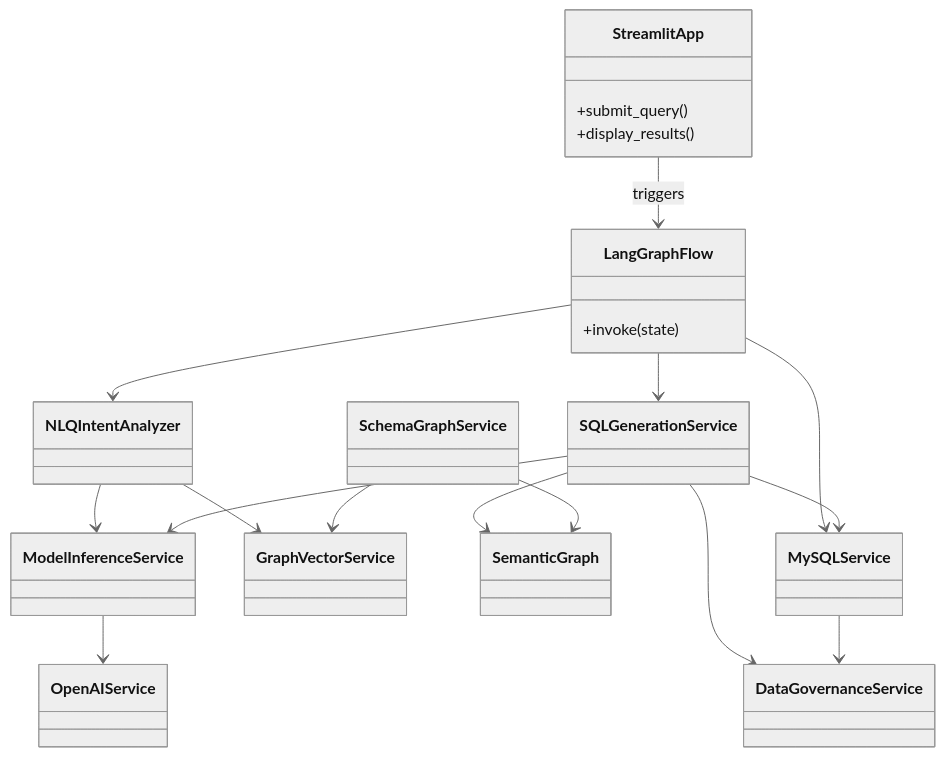
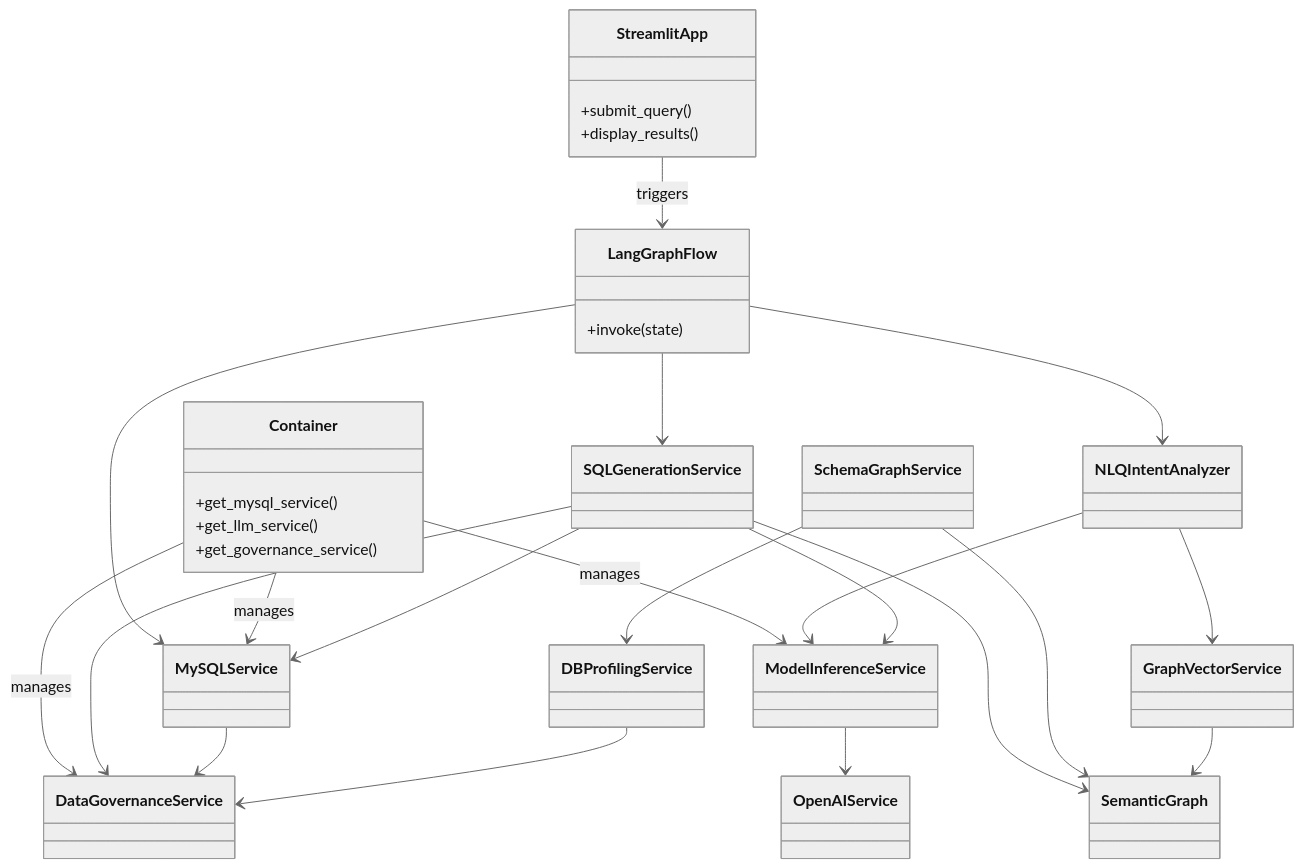
One commit to Project-7283/project-nlq0 changed the second of 4 diagrams in docs/architecture.md. Above: the diagram before and after it, drawn with Mermaid (neutral theme). The commit also changed other lines of this file and 3 other files, not shown here.

````diff
--- a/docs/architecture.md
+++ b/docs/architecture.md
@@ -67,34 +99,51 @@
 ```mermaid
 classDiagram
     class StreamlitApp {
         +submit_query()
         +display_results()
     }
     class LangGraphFlow {
         +invoke(state)
+    }
+    class Container {
+        +get_mysql_service()
+        +get_llm_service()
+        +get_governance_service()
     }
     class NLQIntentAnalyzer
     class SQLGenerationService
     class MySQLService
     class GraphVectorService
     class DataGovernanceService
     class SemanticGraph
     class ModelInferenceService
     class OpenAIService
     class SchemaGraphService
+    class DBProfilingService
 
     StreamlitApp --> LangGraphFlow : triggers
     LangGraphFlow --> NLQIntentAnalyzer
     LangGraphFlow --> SQLGenerationService
     LangGraphFlow --> MySQLService
+    
+    Container --> MySQLService : manages
+    Container --> ModelInferenceService : manages
+    Container --> DataGovernanceService : manages
+    
     NLQIntentAnalyzer --> GraphVectorService
     NLQIntentAnalyzer --> ModelInferenceService
     ModelInferenceService --> OpenAIService
+    
     SQLGenerationService --> ModelInferenceService
     SQLGenerationService --> DataGovernanceService
     SQLGenerationService --> MySQLService
     SQLGenerationService --> SemanticGraph
+    
     MySQLService --> DataGovernanceService
+    
     SchemaGraphService --> SemanticGraph
-    SchemaGraphService --> GraphVectorService
+    SchemaGraphService --> DBProfilingService
+    DBProfilingService --> DataGovernanceService
+    
+    GraphVectorService --> SemanticGraph
 ```
````
